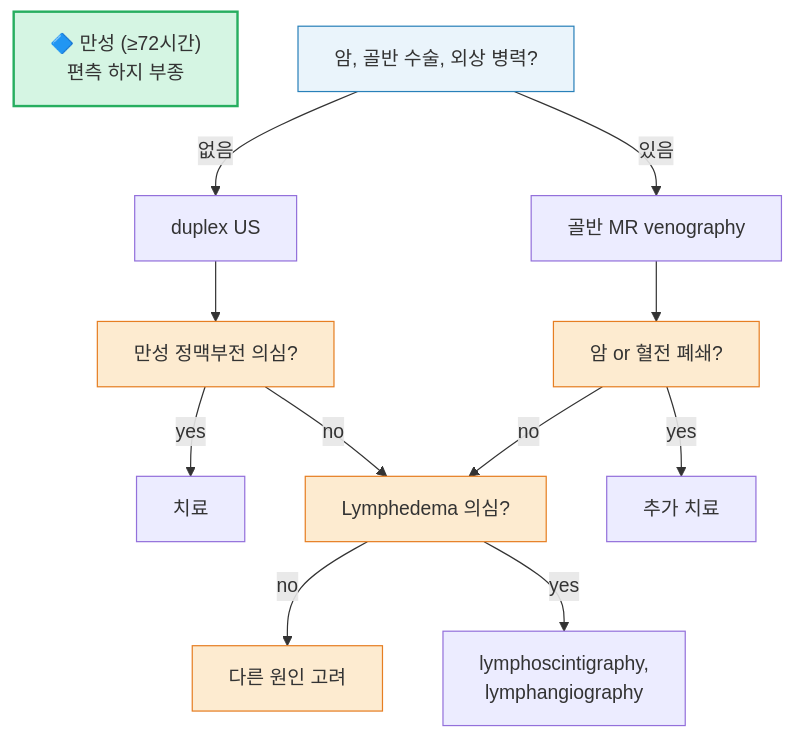
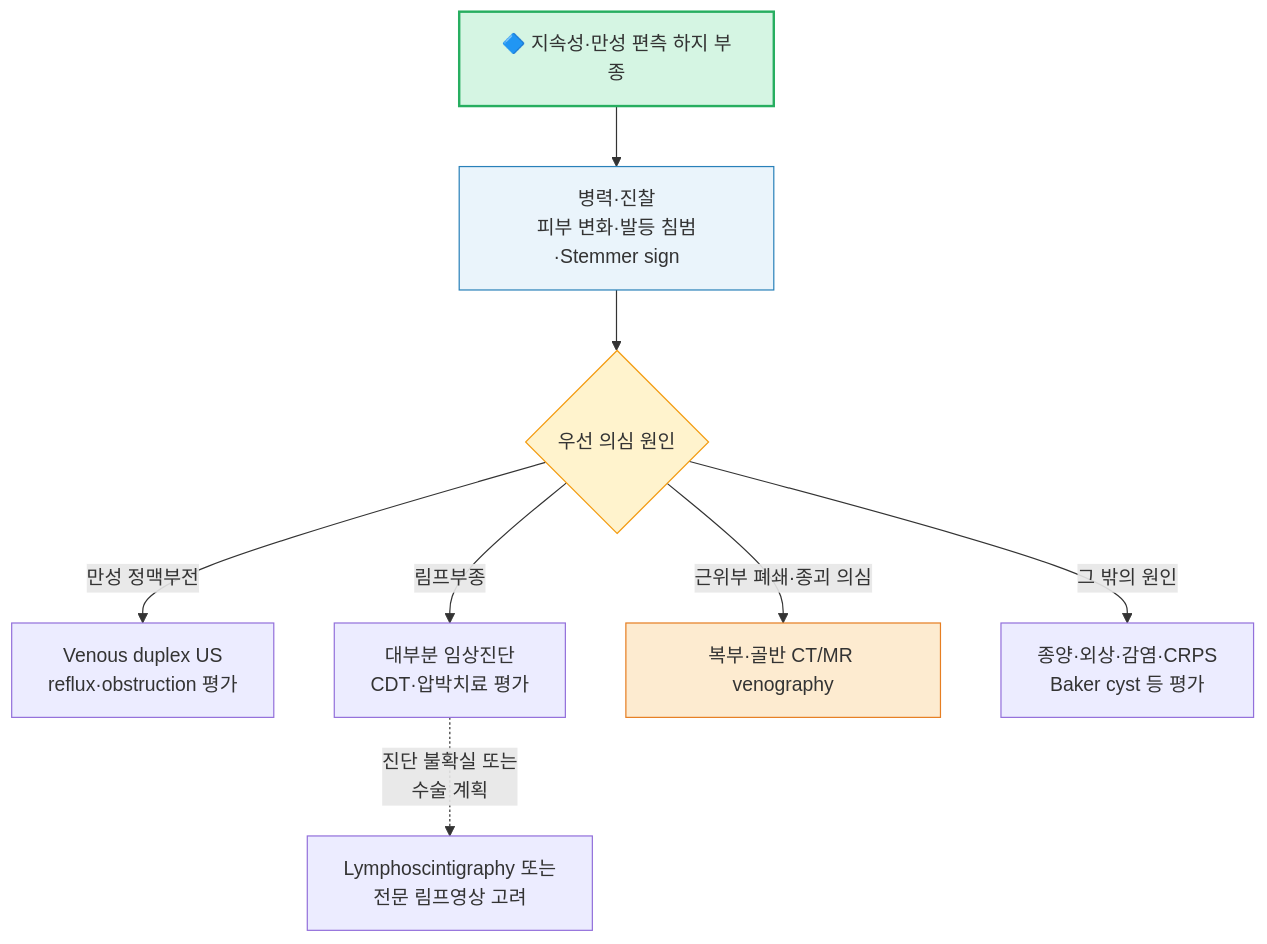
One commit to familyoh77/familyoh77 changed the second of 4 diagrams in 220_/012_-edema.md. Above: the diagram before and after it, drawn with Mermaid. The commit also changed other lines of this file, not shown here.

````diff
--- a/220_/012_-edema.md
+++ b/220_/012_-edema.md
@@ -195,24 +217,15 @@
 ```mermaid
 graph TD
-SG2["🔷 만성 (≥72시간)<br/>편측 하지 부종"]
+SG2["🔷 지속성·만성 편측 하지 부종"] --> B2["병력·진찰<br/>피부 변화·발등 침범·Stemmer sign"]
+        B2 --> C2{"우선 의심 원인"}
+        C2 -- "만성 정맥부전" --> D2["Venous duplex US<br/>reflux·obstruction 평가"]
+        C2 -- "림프부종" --> E2["대부분 임상진단<br/>CDT·압박치료 평가"]
+        C2 -- "근위부 폐쇄·종괴 의심" --> F2["복부·골반 CT/MR venography"]
+        C2 -- "그 밖의 원인" --> G2["종양·외상·감염·CRPS<br/>Baker cyst 등 평가"]
+        E2 -. "진단 불확실 또는<br/>수술 계획" .-> H2["Lymphoscintigraphy 또는<br/>전문 림프영상 고려"]
 
-        B2["암, 골반 수술, 외상 병력?"]
-        B2 -- "없음" --> C2["duplex US"]
-        B2 -- "있음" --> D2["골반 MR venography"]
-        C2 --> E2["만성 정맥부전 의심?"]
-        E2 -- "yes" --> F2["치료"]
-        E2 -- "no" --> G2["Lymphedema 의심?"]
-        D2 --> H2["암 or 혈전 폐쇄?"]
-        H2 -- "no" --> G2
-        H2 -- "yes" --> I2["추가 치료"]
-        G2 -- "no" --> J2["다른 원인 고려"]
-        G2 -- "yes" --> K2["lymphoscintigraphy,
-lymphangiography"]
-   
     style SG2 fill:#d5f5e3,stroke:#27ae60,stroke-width:2px
     style B2 fill:#eaf4fb,stroke:#2980b9
-    style H2 fill:#fdebd0,stroke:#e67e22
-    style E2 fill:#fdebd0,stroke:#e67e22
-    style G2 fill:#fdebd0,stroke:#e67e22
-    style J2 fill:#fdebd0,stroke:#e67e22
+    style C2 fill:#fff3cd,stroke:#f39c12
+    style F2 fill:#fdebd0,stroke:#e67e22
 ```
````
